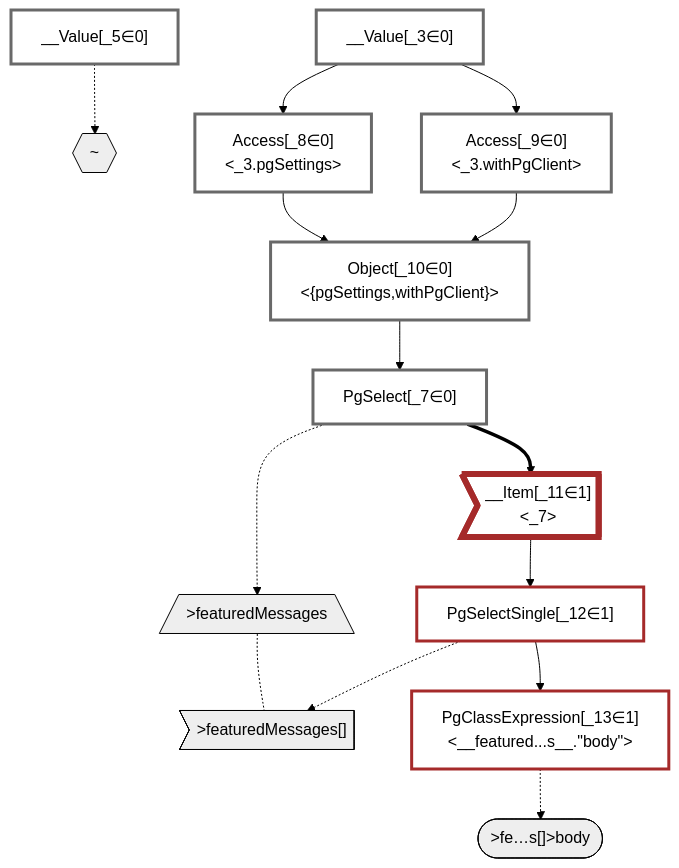
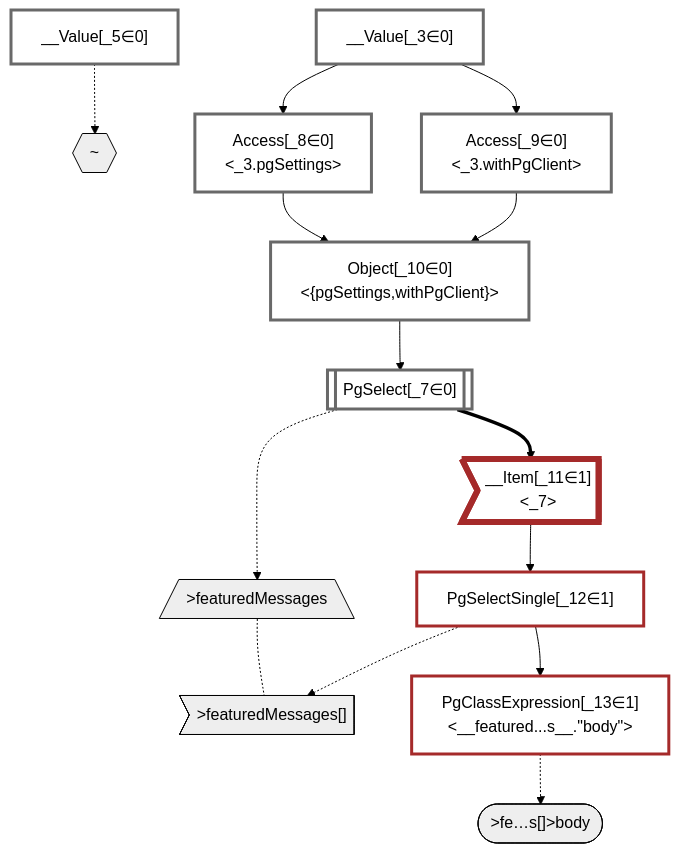
One commit to graphile/crystal changed the diagram in packages/dataplan-pg/__tests__/queries/functions/custom-query-setof-message.mermaid.md. Above: the diagram before and after it, drawn with Mermaid (forest theme). The commit also changed 195 other files, not shown here.

````diff
--- a/packages/dataplan-pg/__tests__/queries/functions/custom-query-setof-message.mermaid.md
+++ b/packages/dataplan-pg/__tests__/queries/functions/custom-query-setof-message.mermaid.md
@@ -1,50 +1,50 @@
 ```mermaid
 graph TD
     classDef path fill:#eee,stroke:#000,color:#000
     classDef plan fill:#fff,stroke-width:3px,color:#000
     classDef itemplan fill:#fff,stroke-width:6px,color:#000
     classDef sideeffectplan fill:#f00,stroke-width:6px,color:#000
 
     %% subgraph fields
     P1{{"~"}}:::path
     P2[/">featuredMessages"\]:::path
     P3>">featuredMessages[]"]:::path
     P2 -.- P3
     P4([">fe…s[]>body"]):::path
     %% P3 -.-> P4
     %% P1 -.-> P2
     %% end
 
     %% define plans
     __Value_3["__Value[_3∈0]<br /><context>"]:::plan
     __Value_5["__Value[_5∈0]<br /><rootValue>"]:::plan
-    PgSelect_7["PgSelect[_7∈0]<br /><featured_messages>"]:::plan
+    PgSelect_7[["PgSelect[_7∈0]<br /><featured_messages>"]]:::plan
     Access_8["Access[_8∈0]<br /><_3.pgSettings>"]:::plan
     Access_9["Access[_9∈0]<br /><_3.withPgClient>"]:::plan
     Object_10["Object[_10∈0]<br /><{pgSettings,withPgClient}>"]:::plan
     __Item_11>"__Item[_11∈1]<br /><_7>"]:::itemplan
     PgSelectSingle_12["PgSelectSingle[_12∈1]<br /><featured_messages>"]:::plan
     PgClassExpression_13["PgClassExpression[_13∈1]<br /><__featured...s__.#quot;body#quot;>"]:::plan
 
     %% plan dependencies
     Object_10 --> PgSelect_7
     __Value_3 --> Access_8
     __Value_3 --> Access_9
     Access_8 --> Object_10
     Access_9 --> Object_10
     PgSelect_7 ==> __Item_11
     __Item_11 --> PgSelectSingle_12
     PgSelectSingle_12 --> PgClassExpression_13
 
     %% plan-to-path relationships
     __Value_5 -.-> P1
     PgSelect_7 -.-> P2
     PgSelectSingle_12 -.-> P3
     PgClassExpression_13 -.-> P4
 
     %% allocate buckets
     classDef bucket0 stroke:#696969
     class __Value_3,__Value_5,PgSelect_7,Access_8,Access_9,Object_10 bucket0
     classDef bucket1 stroke:#a52a2a
     class __Item_11,PgSelectSingle_12,PgClassExpression_13 bucket1
 ```
````
